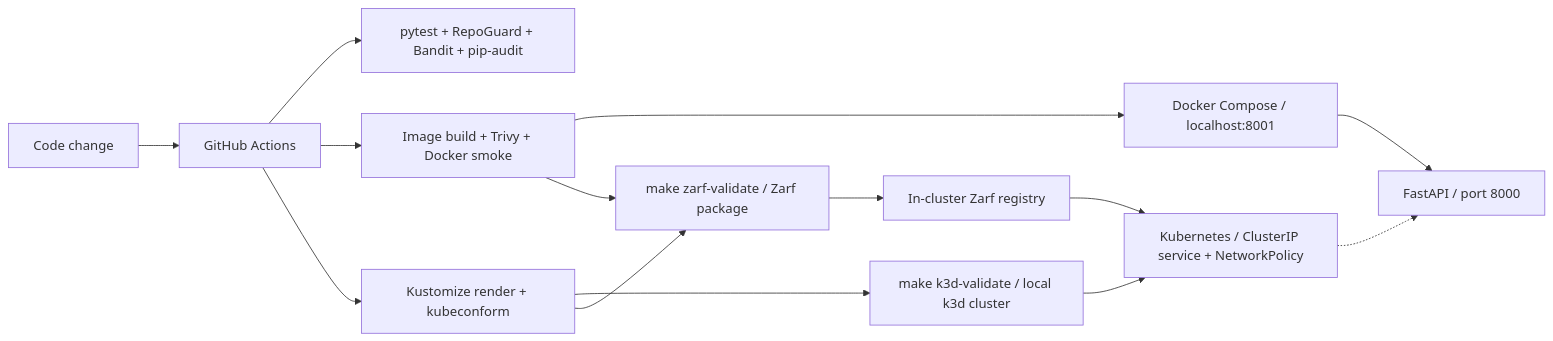
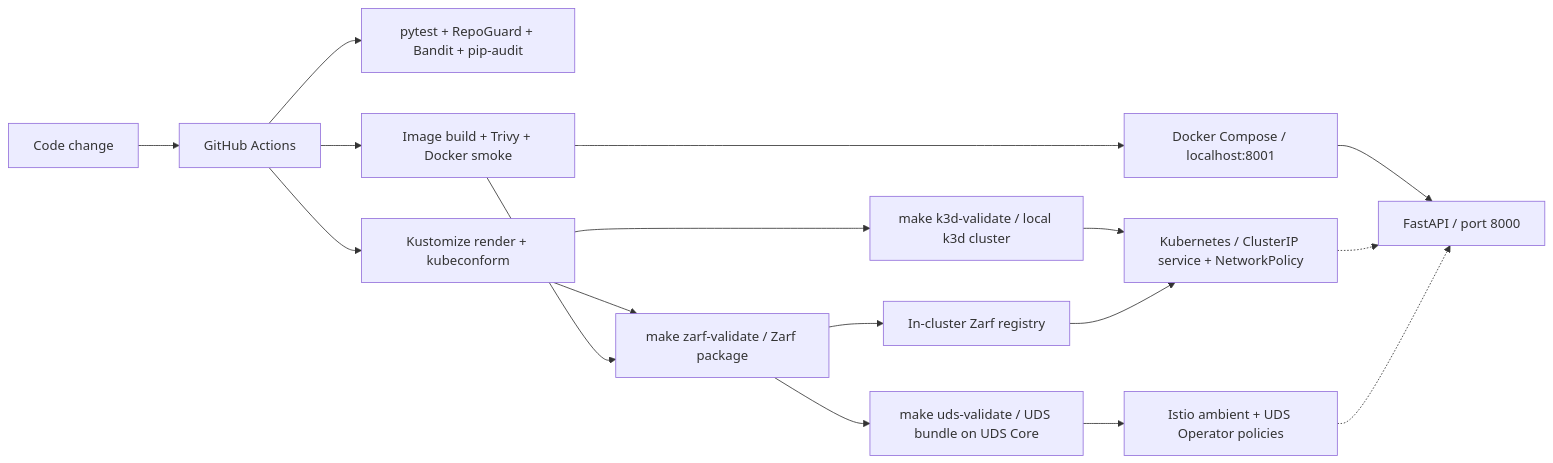
The diagram in README.md (kev07hrndz-dot/platform-engineering-lab), drawn with Mermaid before and after one commit. The commit also changed other lines of this file and 13 other files, not shown here.

First line of the commit message:
feat(uds): integrate the service with UDS Core via a Package CR

````diff
--- a/README.md
+++ b/README.md
@@ -21,16 +22,19 @@
 ```mermaid
 flowchart LR
     Change[Code change] --> CI[GitHub Actions]
     CI --> Python[pytest + RepoGuard + Bandit + pip-audit]
     CI --> Container[Image build + Trivy + Docker smoke]
     CI --> Manifests[Kustomize render + kubeconform]
     Container --> Local[Docker Compose / localhost:8001]
     Local --> API[FastAPI / port 8000]
     Manifests --> K3d[make k3d-validate / local k3d cluster]
     K3d --> K8s[Kubernetes / ClusterIP service + NetworkPolicy]
     K8s -.-> API
     Manifests --> Zarf[make zarf-validate / Zarf package]
     Container --> Zarf
     Zarf --> Registry[In-cluster Zarf registry]
     Registry --> K8s
+    Zarf --> UDS[make uds-validate / UDS bundle on UDS Core]
+    UDS --> Mesh[Istio ambient + UDS Operator policies]
+    Mesh -.-> API
 ```
````
